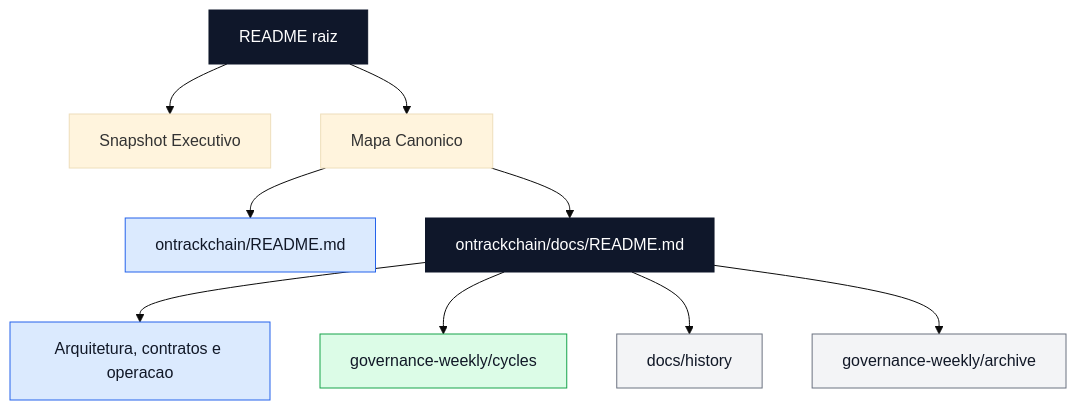
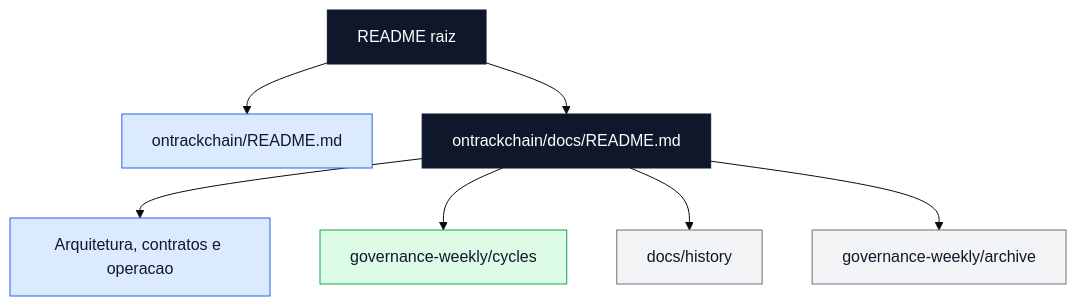
One commit to Jistriane/Ontrackchain changed the diagram in README.md. Above: the diagram before and after it, drawn with Mermaid (base theme). The commit also changed other lines of this file and 9 other files, not shown here.

````diff
--- a/README.md
+++ b/README.md
@@ -28,21 +65,19 @@
 ```mermaid
 flowchart TD
-    A[README raiz] --> B[Snapshot Executivo]
-    A --> C[Mapa Canonico]
-    C --> D[ontrackchain/README.md]
-    C --> E[ontrackchain/docs/README.md]
-    E --> F[Arquitetura, contratos e operacao]
-    E --> G[governance-weekly/cycles]
-    E --> H[docs/history]
-    E --> I[governance-weekly/archive]
+    A[README raiz] --> B[ontrackchain/README.md]
+    A --> C[ontrackchain/docs/README.md]
+    C --> D[Arquitetura, contratos e operacao]
+    C --> E[governance-weekly/cycles]
+    C --> F[docs/history]
+    C --> G[governance-weekly/archive]
 
     classDef primary fill:#0f172a,stroke:#0f172a,color:#fff;
     classDef live fill:#dbeafe,stroke:#2563eb,color:#111827;
     classDef evidence fill:#dcfce7,stroke:#16a34a,color:#111827;
     classDef history fill:#f3f4f6,stroke:#6b7280,color:#111827;
 
-    class A,E primary;
-    class D,F live;
-    class G evidence;
-    class H,I history;
+    class A,C primary;
+    class B,D live;
+    class E evidence;
+    class F,G history;
 ```
````
